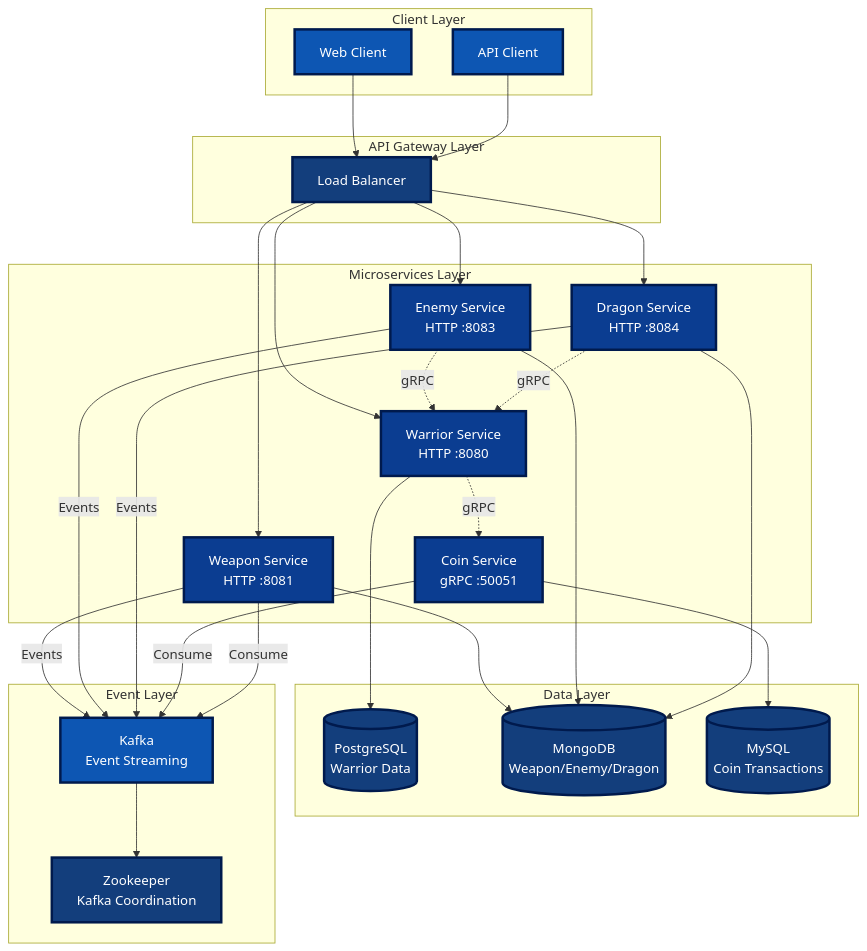
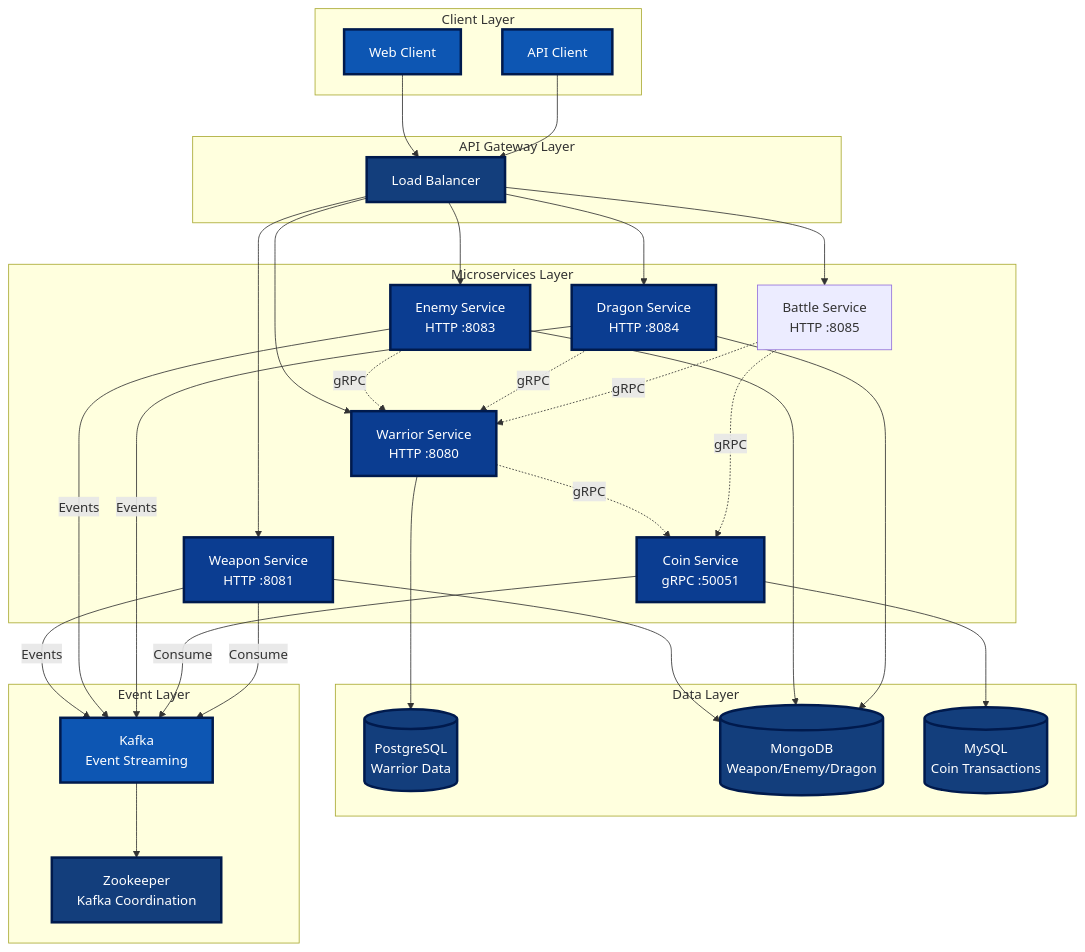
One commit to tiraten-bot/network-sec-micro changed the first of 12 diagrams in README.md. Above: the diagram before and after it, drawn with Mermaid.

Commit message:
Update README to include Battle Service in architecture diagram and its interactions with other services.

````diff
--- a/README.md
+++ b/README.md
@@ -7,69 +7,73 @@
 ```mermaid
 graph TB
     subgraph "Client Layer"
         WEB[Web Client]
         API[API Client]
     end
     
     subgraph "API Gateway Layer"
         LB[Load Balancer]
     end
     
     subgraph "Microservices Layer"
         W[Warrior Service<br/>HTTP :8080]
         WP[Weapon Service<br/>HTTP :8081]
         C[Coin Service<br/>gRPC :50051]
         E[Enemy Service<br/>HTTP :8083]
         D[Dragon Service<br/>HTTP :8084]
+        B[Battle Service<br/>HTTP :8085]
     end
     
     subgraph "Data Layer"
         PG[(PostgreSQL<br/>Warrior Data)]
         MG[(MongoDB<br/>Weapon/Enemy/Dragon)]
         MY[(MySQL<br/>Coin Transactions)]
     end
     
     subgraph "Event Layer"
         K[Kafka<br/>Event Streaming]
         Z[Zookeeper<br/>Kafka Coordination]
     end
     
     WEB --> LB
     API --> LB
     LB --> W
     LB --> WP
     LB --> E
     LB --> D
+    LB --> B
     
     W -.->|gRPC| C
     E -.->|gRPC| W
     D -.->|gRPC| W
+    B -.->|gRPC| W
+    B -.->|gRPC| C
     
     W --> PG
     WP --> MG
     E --> MG
     D --> MG
     C --> MY
     
     WP -->|Events| K
     E -->|Events| K
     D -->|Events| K
     C -->|Consume| K
     WP -->|Consume| K
     
     K --> Z
     
     style WEB fill:#0d56b3,stroke:#001a4d,stroke-width:3px,color:#ffffff
     style API fill:#0d56b3,stroke:#001a4d,stroke-width:3px,color:#ffffff
     style LB fill:#133e7c,stroke:#001a4d,stroke-width:3px,color:#ffffff
     style W fill:#0b3d91,stroke:#001a4d,stroke-width:3px,color:#ffffff
     style WP fill:#0b3d91,stroke:#001a4d,stroke-width:3px,color:#ffffff
     style C fill:#0b3d91,stroke:#001a4d,stroke-width:3px,color:#ffffff
     style E fill:#0b3d91,stroke:#001a4d,stroke-width:3px,color:#ffffff
     style D fill:#0b3d91,stroke:#001a4d,stroke-width:3px,color:#ffffff
     style PG fill:#133e7c,stroke:#001a4d,stroke-width:3px,color:#ffffff
     style MG fill:#133e7c,stroke:#001a4d,stroke-width:3px,color:#ffffff
     style MY fill:#133e7c,stroke:#001a4d,stroke-width:3px,color:#ffffff
     style K fill:#0d56b3,stroke:#001a4d,stroke-width:3px,color:#ffffff
     style Z fill:#133e7c,stroke:#001a4d,stroke-width:3px,color:#ffffff
 ```
````
